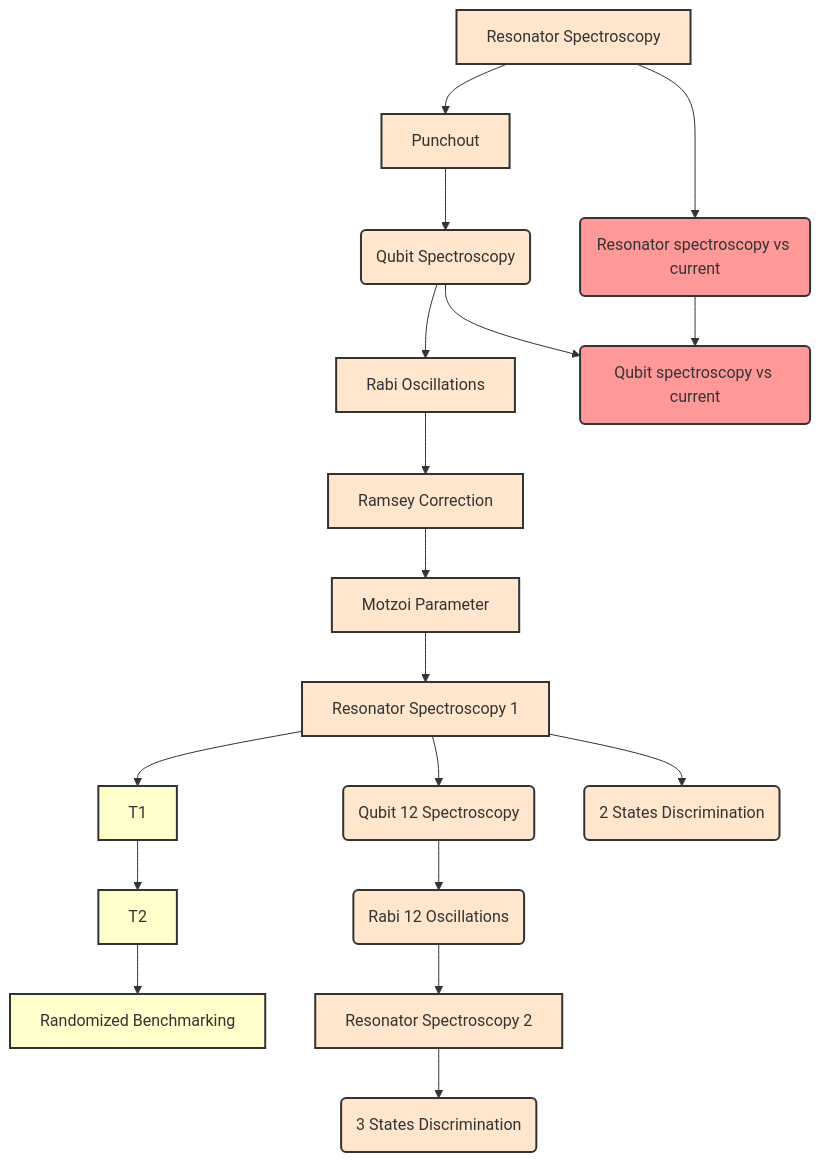
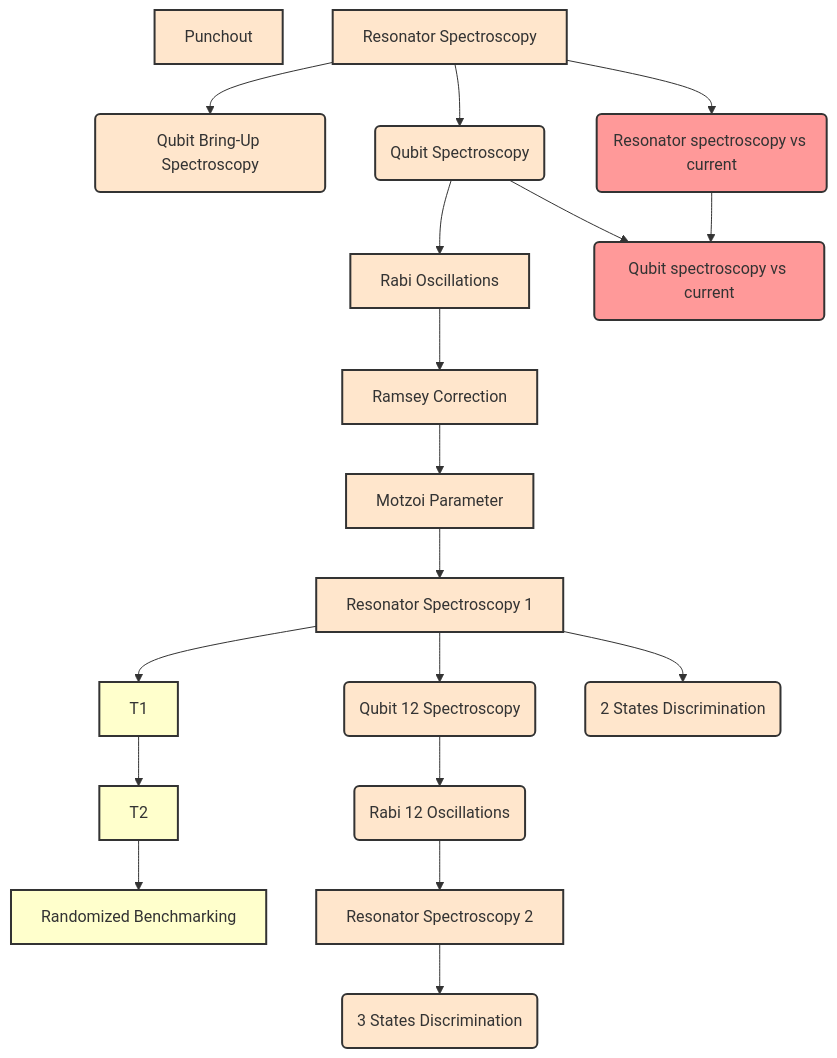
The diagram in docs/node-library/available_nodes.md (tergite/tergite-autocalibration), drawn with Mermaid before and after one commit. The commit also changed other lines of this file and 1 other file, not shown here.

Commit message:
docs: update mermaid graph in docs

````diff
--- a/docs/node-library/available_nodes.md
+++ b/docs/node-library/available_nodes.md
@@ -3,44 +3,47 @@
 ``` mermaid
 graph TD
-    A[Resonator Spectroscopy] --> A1[Punchout]
-    A1 --> B(Qubit Spectroscopy)
+    A1[Punchout]
+    A[Resonator Spectroscopy]
+    A --> B1(Qubit Bring-Up Spectroscopy)
+    A --> B(Qubit Spectroscopy)
     B --> C[Rabi Oscillations]
     C --> D[Ramsey Correction]
     D --> E[Motzoi Parameter]
     E --> F[Resonator Spectroscopy 1]
     F --> C1[T1] --> C2[T2] --> C3[Randomized Benchmarking]
     F --> F1(Qubit 12 Spectroscopy) --> G(Rabi 12 Oscillations) --> G1[Resonator Spectroscopy 2]
     F --> H1(2 States Discrimination)
     G1 --> H2(3 States Discrimination)
     A --> I(Resonator spectroscopy vs current)
     B --> J(Qubit spectroscopy vs current)
     I --> J
         
     click A href "../nodes/resonator_spectroscopy_node"
     click F href "../nodes/resonator_spectroscopy_node"
     click G1 href "../nodes/resonator_spectroscopy_node"
     click A1 href "../nodes/punchout_node"
     click B href "../nodes/qubit_spectroscopy_node"
     click F1 href "../nodes/qubit_spectroscopy_node"
     click C href "../nodes/rabi_oscillations_node"
     click I href "../nodes/resonator_spectroscopy_vs_current_node"
     click J href "../nodes/qubit_spectroscopy_vs_current_node"
 
     style A fill:#ffe6cc,stroke:#333,stroke-width:2px
     style A1 fill:#ffe6cc,stroke:#333,stroke-width:2px
     style B fill:#ffe6cc,stroke:#333,stroke-width:2px
+    style B1 fill:#ffe6cc,stroke:#333,stroke-width:2px
     style C fill:#ffe6cc,stroke:#333,stroke-width:2px
     style D fill:#ffe6cc,stroke:#333,stroke-width:2px
     style E fill:#ffe6cc,stroke:#333,stroke-width:2px
     style F fill:#ffe6cc,stroke:#333,stroke-width:2px
     style C1 fill:#ffffcc,stroke:#333,stroke-width:2px
     style C2 fill:#ffffcc,stroke:#333,stroke-width:2px
     style C3 fill:#ffffcc,stroke:#333,stroke-width:2px
     style F1 fill:#ffe6cc,stroke:#333,stroke-width:2px
     style G fill:#ffe6cc,stroke:#333,stroke-width:2px
     style G1 fill:#ffe6cc,stroke:#333,stroke-width:2px
     style H1 fill:#ffe6cc,stroke:#333,stroke-width:2px
     style H2 fill:#ffe6cc,stroke:#333,stroke-width:2px
     style I fill:#ff9999,stroke:#333,stroke-width:2px
     style J fill:#ff9999,stroke:#333,stroke-width:2px
 ```
````
